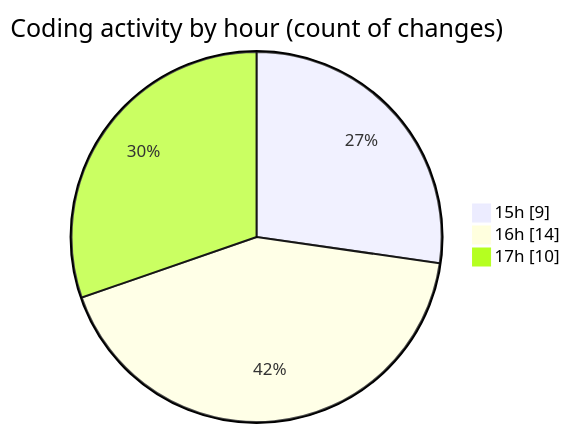
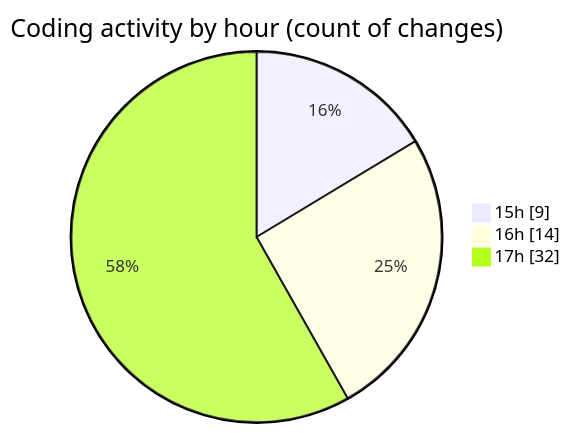
One commit to debugP/code-tracking changed the second of 2 diagrams in 2026-06-30/wp-content/README.md. Above: the diagram before and after it, drawn with Mermaid. The commit also changed other lines of this file and 1 other file, not shown here.

````diff
--- a/2026-06-30/wp-content/README.md
+++ b/2026-06-30/wp-content/README.md
@@ -38,7 +49,7 @@
 ```mermaid
 pie showData
 title Coding activity by hour (count of changes)
 "15h" : 9
 "16h" : 14
-"17h" : 10
+"17h" : 32
 ```
````
